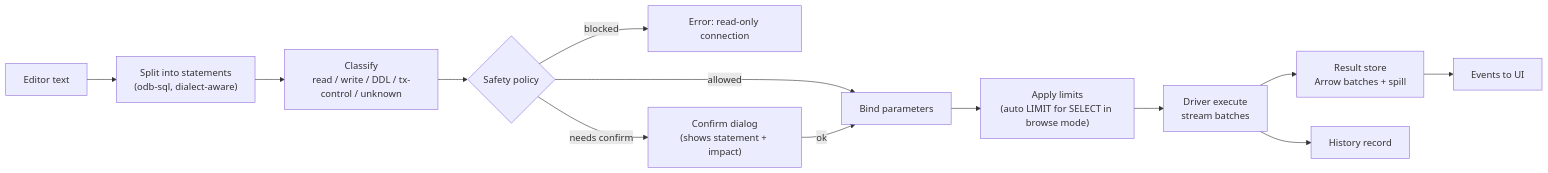
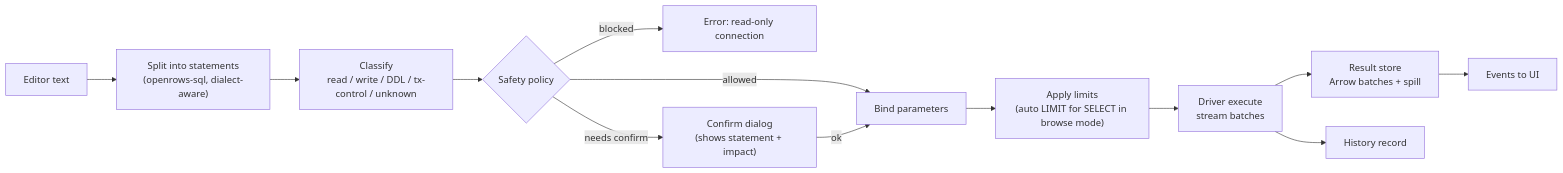
The third of 3 diagrams in docs/04-core-engine.md (theetaz/open-rows), drawn with Mermaid before and after one commit. The commit also changed other lines of this file and 31 other files, not shown here.

````diff
--- a/docs/04-core-engine.md
+++ b/docs/04-core-engine.md
@@ -154,15 +154,15 @@
 ```mermaid
 flowchart LR
-    A["Editor text"] --> B["Split into statements<br/>(odb-sql, dialect-aware)"]
+    A["Editor text"] --> B["Split into statements<br/>(openrows-sql, dialect-aware)"]
     B --> C["Classify<br/>read / write / DDL / tx-control / unknown"]
     C --> D{"Safety policy"}
     D -->|blocked| X["Error: read-only connection"]
     D -->|needs confirm| Y["Confirm dialog<br/>(shows statement + impact)"]
     D -->|allowed| E["Bind parameters"]
     Y -->|ok| E
     E --> F["Apply limits<br/>(auto LIMIT for SELECT in browse mode)"]
     F --> G["Driver execute<br/>stream batches"]
     G --> H["Result store<br/>Arrow batches + spill"]
     G --> I["History record"]
     H --> J["Events to UI"]
 ```
````
